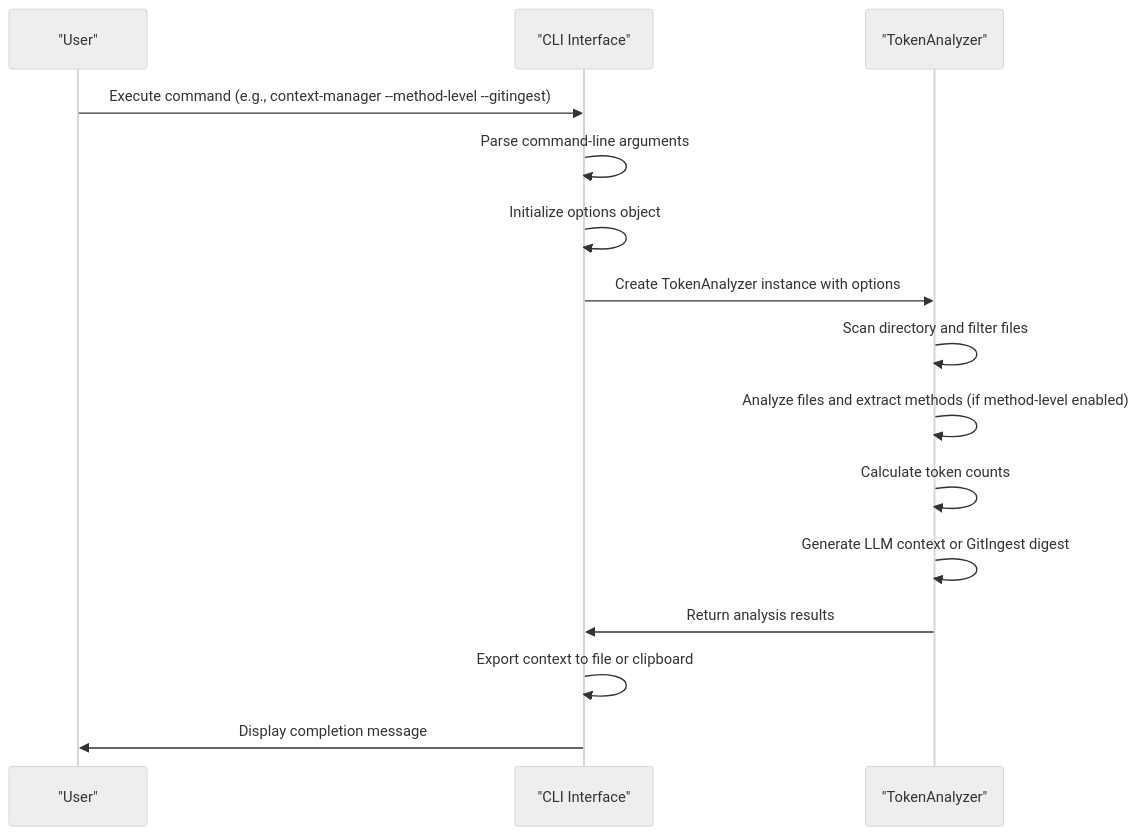
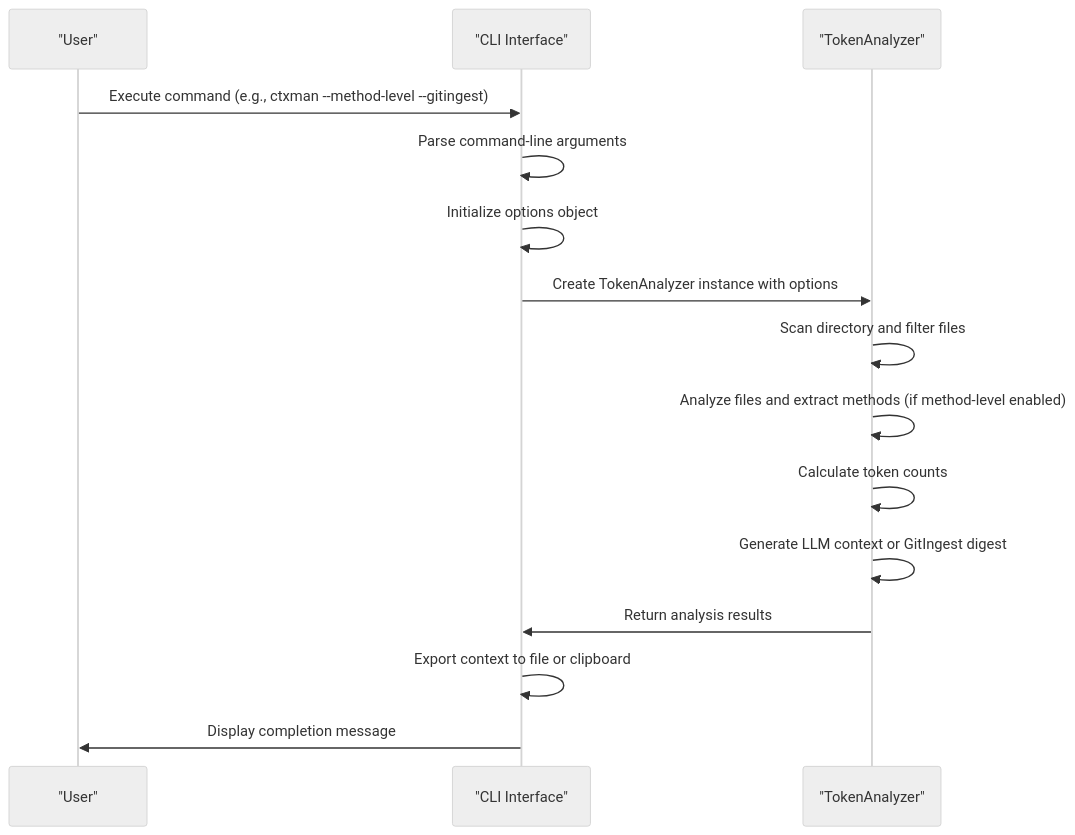
One commit to hakkisagdic/context-manager changed the second of 7 diagrams in docs/content-en/Tool Overview & Core Value.md. Above: the diagram before and after it, drawn with Mermaid (neutral theme). The commit also changed other lines of this file and 229 other files, not shown here.

First line of the commit message:
Rename: @hakkisagdic/context-manager -> ctxman (unscoped npm)

````diff
--- a/docs/content-en/Tool Overview & Core Value.md
+++ b/docs/content-en/Tool Overview & Core Value.md
@@ -135,17 +135,17 @@
 ```mermaid
 sequenceDiagram
 participant User as "User"
 participant CLI as "CLI Interface"
 participant Analyzer as "TokenAnalyzer"
-User->>CLI : Execute command (e.g., context-manager --method-level --gitingest)
+User->>CLI : Execute command (e.g., ctxman --method-level --gitingest)
 CLI->>CLI : Parse command-line arguments
 CLI->>CLI : Initialize options object
 CLI->>Analyzer : Create TokenAnalyzer instance with options
 Analyzer->>Analyzer : Scan directory and filter files
 Analyzer->>Analyzer : Analyze files and extract methods (if method-level enabled)
 Analyzer->>Analyzer : Calculate token counts
 Analyzer->>Analyzer : Generate LLM context or GitIngest digest
 Analyzer->>CLI : Return analysis results
 CLI->>CLI : Export context to file or clipboard
 CLI->>User : Display completion message
 ```
````
